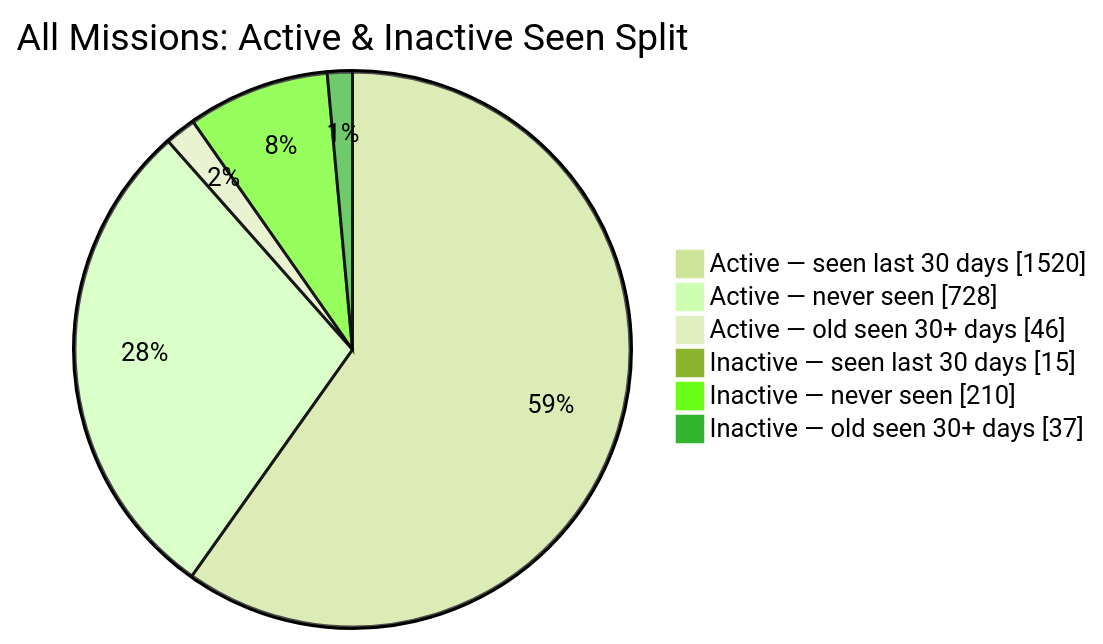
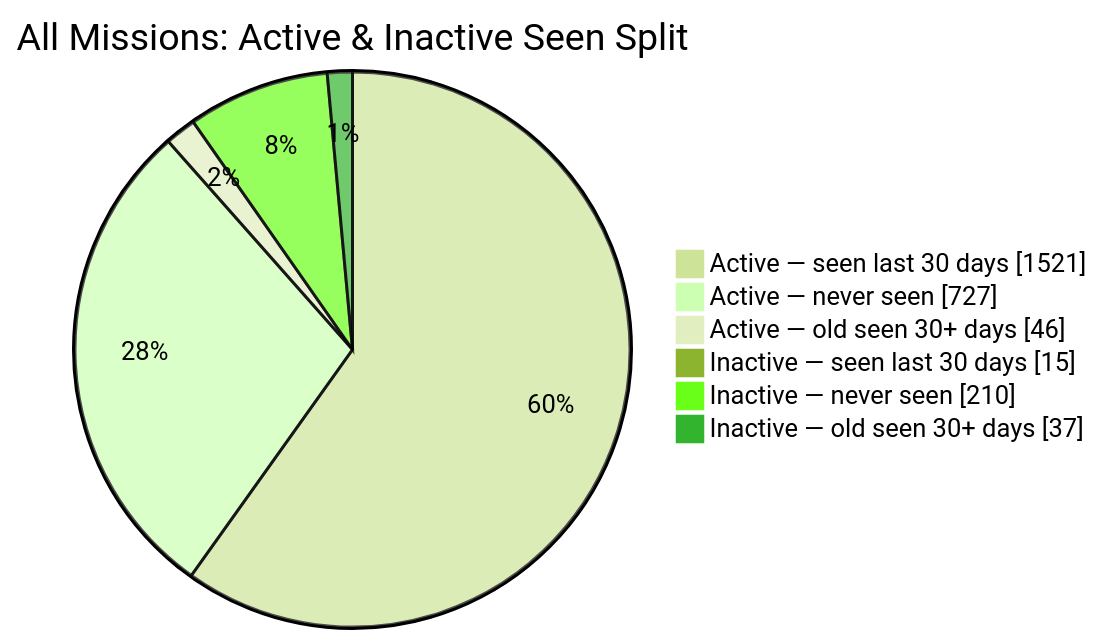
Before and after one commit to MeldkamerspelGameTeam/active-missions: the second of 2 diagrams in README.md, drawn with Mermaid (forest theme). The commit also changed other lines of this file and 3 other files, not shown here.

````diff
--- a/README.md
+++ b/README.md
@@ -44,10 +44,10 @@
 ```mermaid
 pie showData
     title All Missions: Active & Inactive Seen Split
-    "Active — seen last 30 days" : 1520
-    "Active — never seen" : 728
+    "Active — seen last 30 days" : 1521
+    "Active — never seen" : 727
     "Active — old seen 30+ days" : 46
     "Inactive — seen last 30 days" : 15
     "Inactive — never seen" : 210
     "Inactive — old seen 30+ days" : 37
 ```
````
